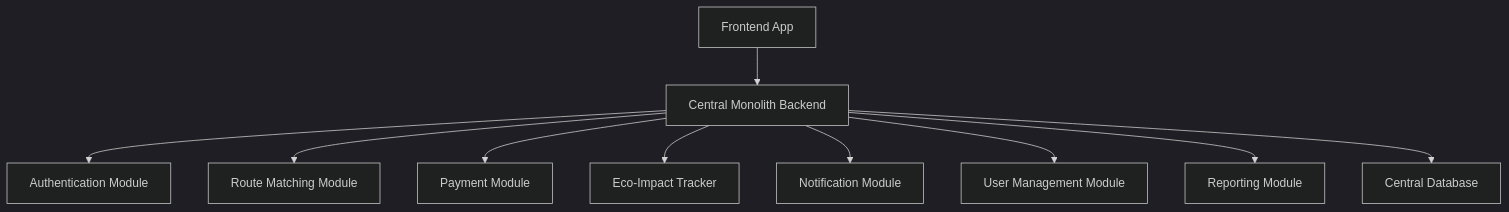
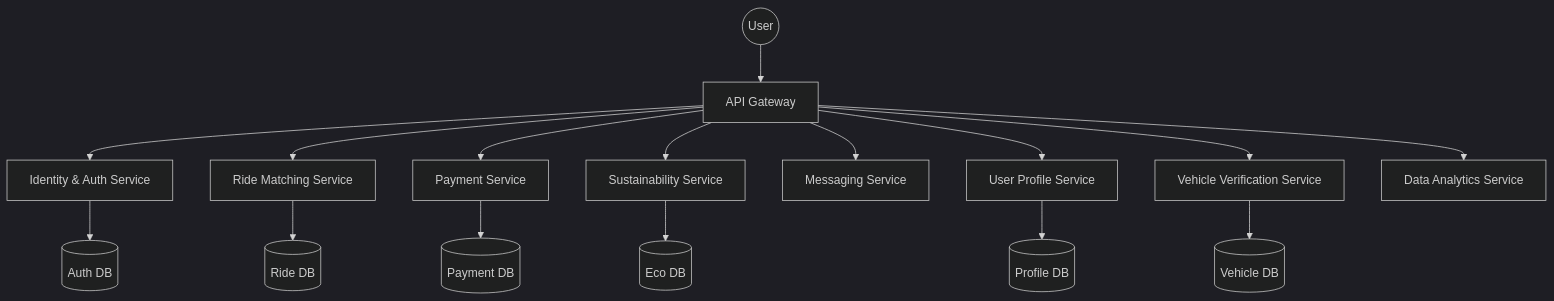
The diagram in architecture_blueprint_assistant/monolith_architecture.mmd (kenanhilberton/holbertonschool-ai4devs), drawn with Mermaid (dark theme) before and after one commit. The commit also changed 2 other files, not shown here.

Commit message:
Add missing architecture comparison report

```diff
--- a/architecture_blueprint_assistant/monolith_architecture.mmd
+++ b/architecture_blueprint_assistant/monolith_architecture.mmd
@@ -1,10 +1,18 @@
 graph TD
-  A[Frontend App] --> B[Central Monolith Backend]
-  B --> C[Authentication Module]
-  B --> D[Route Matching Module]
-  B --> E[Payment Module]
-  B --> F[Eco-Impact Tracker]
-  B --> G[Notification Module]
-  B --> H[User Management Module]
-  B --> I[Reporting Module]
-  B --> J[Central Database]
+  User((User)) --> Gateway[API Gateway]
+  
+  Gateway --> AuthService[Identity & Auth Service]
+  Gateway --> RideService[Ride Matching Service]
+  Gateway --> PaymentService[Payment Service]
+  Gateway --> EcoService[Sustainability Service]
+  Gateway --> NotifService[Messaging Service]
+  Gateway --> ProfileService[User Profile Service]
+  Gateway --> VehicleService[Vehicle Verification Service]
+  Gateway --> AnalyticsService[Data Analytics Service]
+
+  AuthService --> DB1[(Auth DB)]
+  RideService --> DB2[(Ride DB)]
+  PaymentService --> DB3[(Payment DB)]
+  ProfileService --> DB4[(Profile DB)]
+  VehicleService --> DB5[(Vehicle DB)]
+  EcoService --> DB6[(Eco DB)]
```
